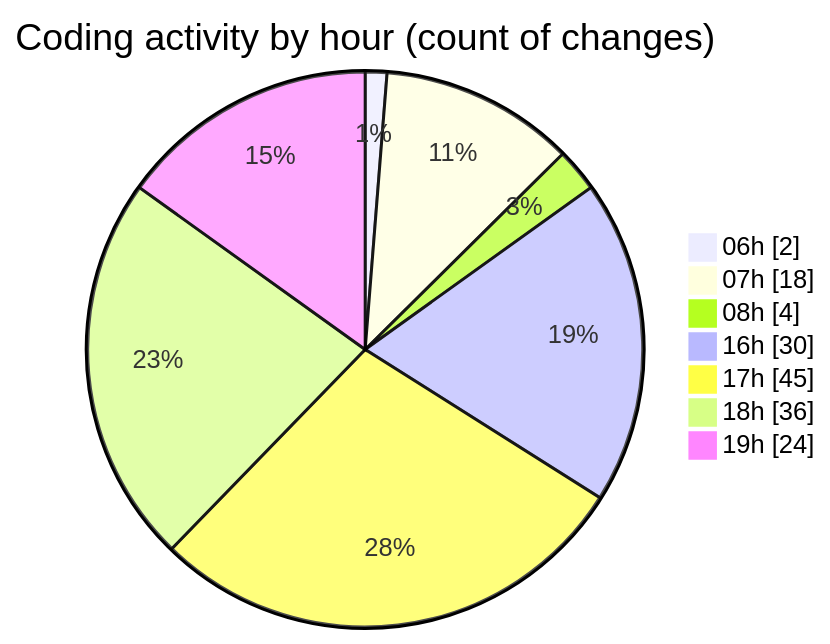
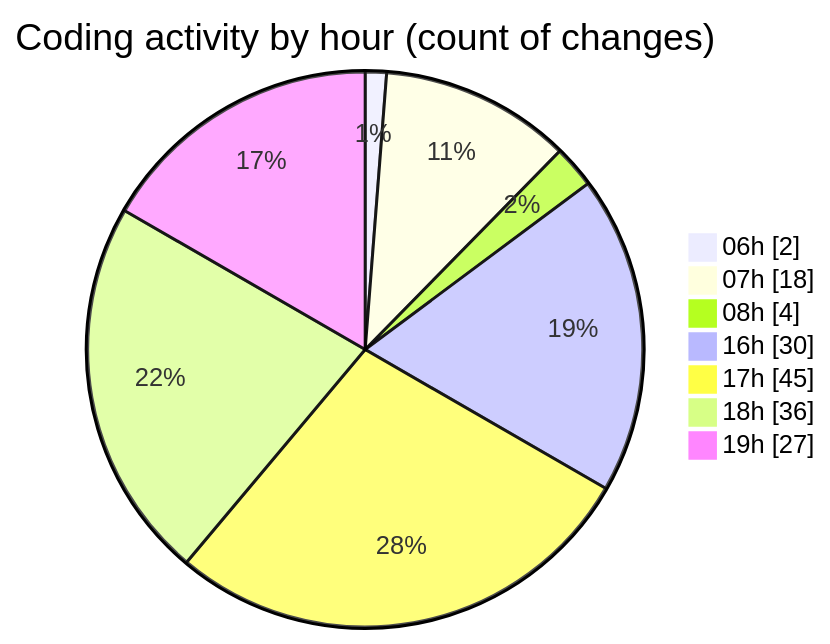
One commit to robertbonfada/code-tracking changed the second of 2 diagrams in 2025-01-27/termonied-web/README.md. Above: the diagram before and after it, drawn with Mermaid. The commit also changed other lines of this file and 1 other file, not shown here.

````diff
--- a/2025-01-27/termonied-web/README.md
+++ b/2025-01-27/termonied-web/README.md
@@ -52,11 +52,11 @@
 ```mermaid
 pie showData
 title Coding activity by hour (count of changes)
 "06h" : 2
 "07h" : 18
 "08h" : 4
 "16h" : 30
 "17h" : 45
 "18h" : 36
-"19h" : 24
+"19h" : 27
 ```
````
